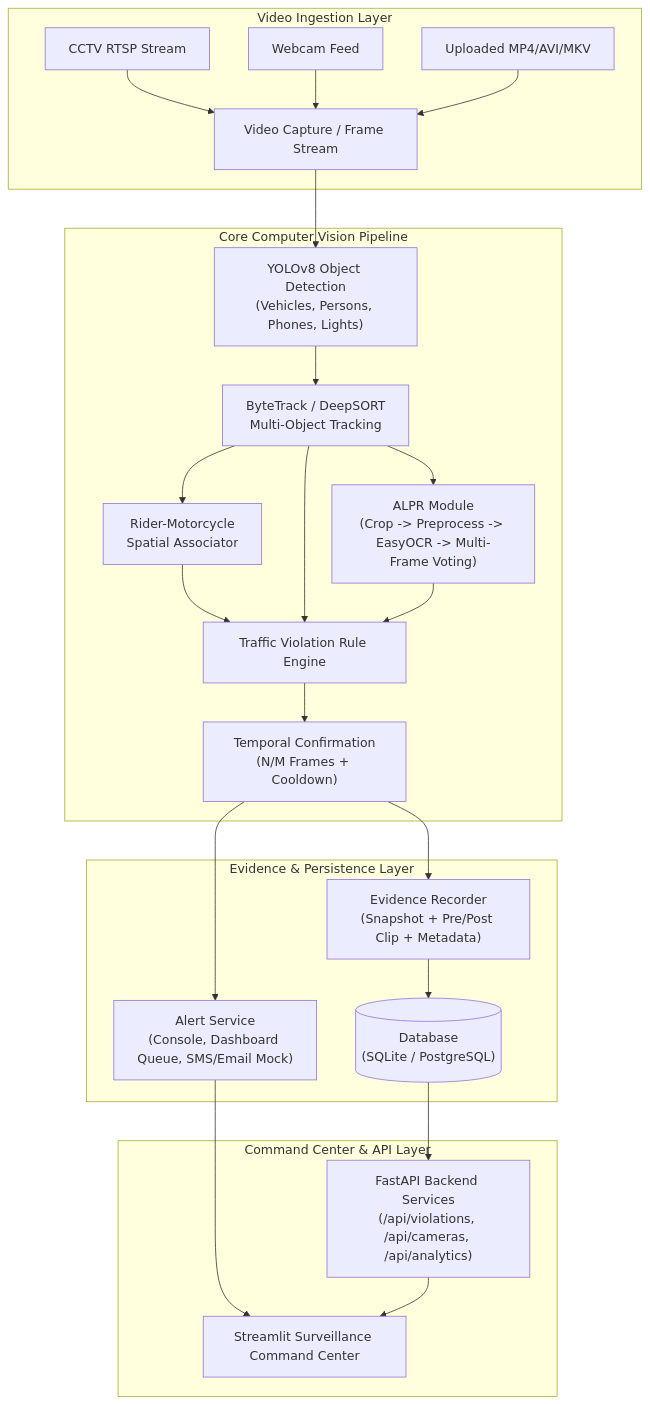
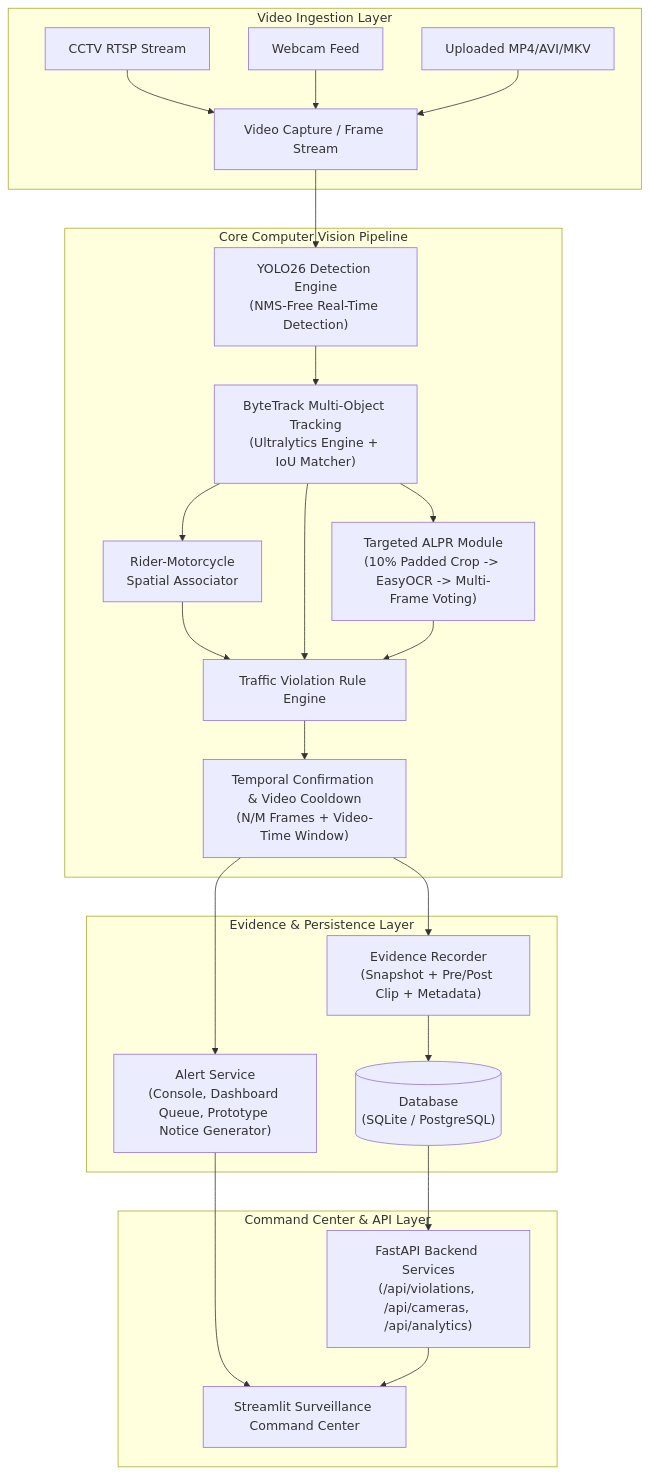
The diagram in README.md (aatifzafar/trafficdetection), drawn with Mermaid before and after one commit. The commit also changed other lines of this file and 14 other files, not shown here.

Commit message:
Phase 4: Video inference CLI, YOLO26 benchmarks, honest model results documentation

````diff
--- a/README.md
+++ b/README.md
@@ -56,30 +57,30 @@
 ```mermaid
 flowchart TD
     subgraph Ingestion["Video Ingestion Layer"]
         A1["CCTV RTSP Stream"] --> INGEST["Video Capture / Frame Stream"]
         A2["Webcam Feed"] --> INGEST
         A3["Uploaded MP4/AVI/MKV"] --> INGEST
     end
 
     subgraph VisionPipeline["Core Computer Vision Pipeline"]
-        INGEST --> DET["YOLOv8 Object Detection\n(Vehicles, Persons, Phones, Lights)"]
-        DET --> TRK["ByteTrack / DeepSORT\nMulti-Object Tracking"]
+        INGEST --> DET["YOLO26 Detection Engine\n(NMS-Free Real-Time Detection)"]
+        DET --> TRK["ByteTrack Multi-Object Tracking\n(Ultralytics Engine + IoU Matcher)"]
         TRK --> ASSOC["Rider-Motorcycle\nSpatial Associator"]
-        TRK --> OCR["ALPR Module\n(Crop -> Preprocess -> EasyOCR -> Multi-Frame Voting)"]
+        TRK --> OCR["Targeted ALPR Module\n(10% Padded Crop -> EasyOCR -> Multi-Frame Voting)"]
         
         ASSOC & TRK & OCR --> RULES["Traffic Violation Rule Engine"]
-        RULES --> TC["Temporal Confirmation\n(N/M Frames + Cooldown)"]
+        RULES --> TC["Temporal Confirmation & Video Cooldown\n(N/M Frames + Video-Time Window)"]
     end
 
     subgraph StorageEvidence["Evidence & Persistence Layer"]
         TC --> EVID["Evidence Recorder\n(Snapshot + Pre/Post Clip + Metadata)"]
         EVID --> DB[("Database\n(SQLite / PostgreSQL)")]
-        TC --> ALERTS["Alert Service\n(Console, Dashboard Queue, SMS/Email Mock)"]
+        TC --> ALERTS["Alert Service\n(Console, Dashboard Queue, Prototype Notice Generator)"]
     end
 
     subgraph Presentation["Command Center & API Layer"]
         DB --> API["FastAPI Backend Services\n(/api/violations, /api/cameras, /api/analytics)"]
         ALERTS --> DASH["Streamlit Surveillance Command Center"]
         API --> DASH
     end
 ```
````
